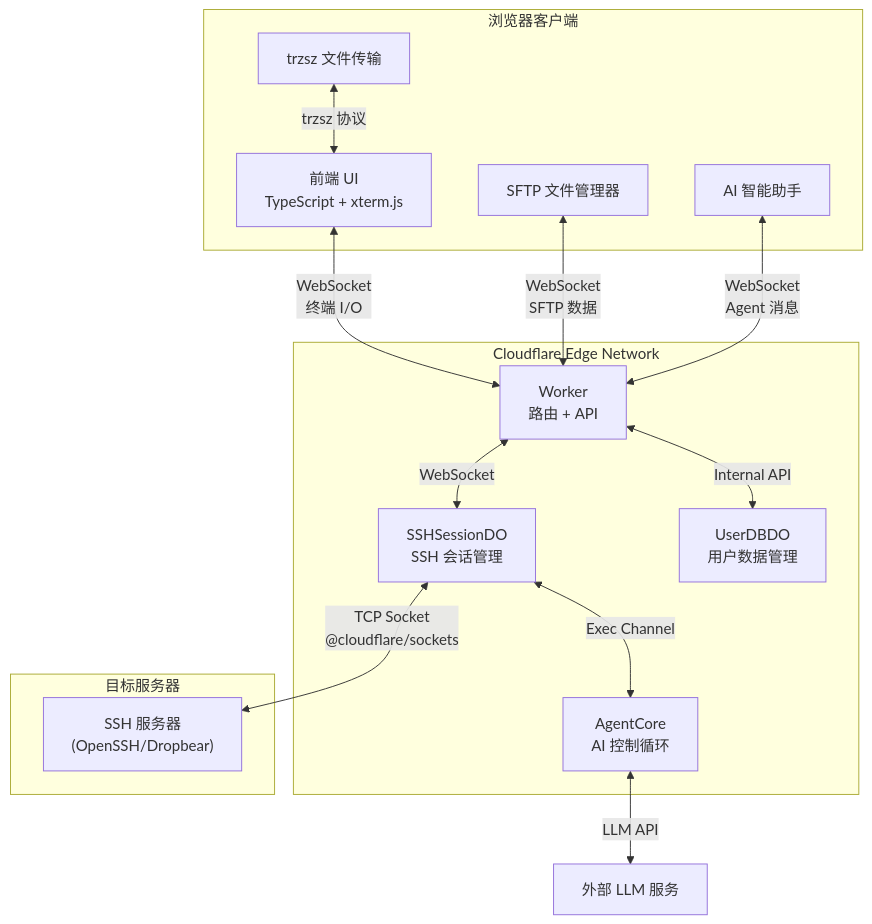
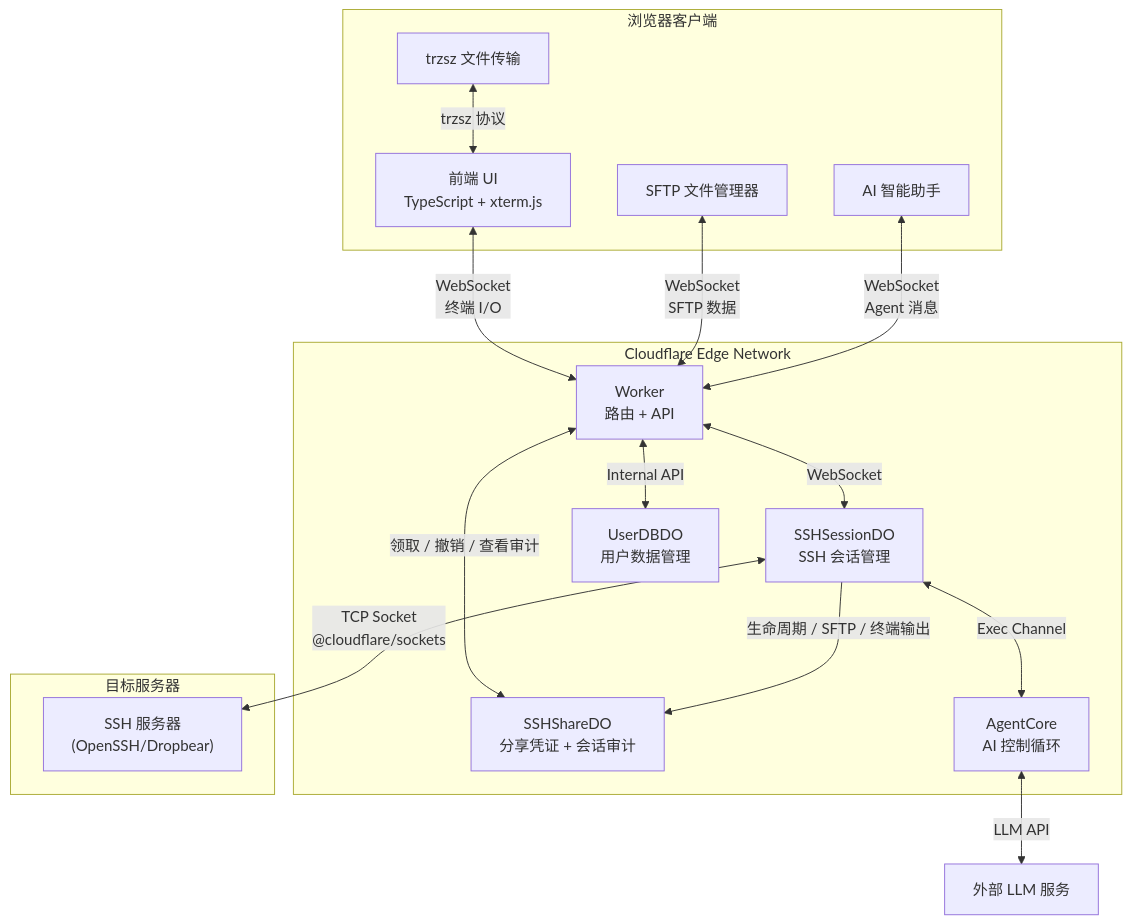
Before and after one commit to newbietan/CloudSSH: the diagram in README.md, drawn with Mermaid. The commit also changed other lines of this file and 21 other files, not shown here.

````diff
--- a/README.md
+++ b/README.md
@@ -117,30 +118,33 @@
 ```mermaid
 flowchart TB
     subgraph "浏览器客户端"
         UI["前端 UI<br/>TypeScript + xterm.js"]
         SFTP["SFTP 文件管理器"]
         Agent["AI 智能助手"]
         Trzsz["trzsz 文件传输"]
     end
 
     subgraph "Cloudflare Edge Network"
         Worker["Worker<br/>路由 + API"]
         SSH_DO["SSHSessionDO<br/>SSH 会话管理"]
         User_DO["UserDBDO<br/>用户数据管理"]
+        Share_DO["SSHShareDO<br/>分享凭证 + 会话审计"]
         AgentCore["AgentCore<br/>AI 控制循环"]
     end
 
     subgraph "目标服务器"
         SSH["SSH 服务器<br/>(OpenSSH/Dropbear)"]
     end
 
     UI <-->|"WebSocket<br/>终端 I/O"| Worker
     SFTP <-->|"WebSocket<br/>SFTP 数据"| Worker
     Agent <-->|"WebSocket<br/>Agent 消息"| Worker
     Trzsz <-->|"trzsz 协议"| UI
     Worker <-->|"WebSocket"| SSH_DO
     Worker <-->|"Internal API"| User_DO
+    Worker <-->|"领取 / 撤销 / 查看审计"| Share_DO
+    SSH_DO -->|"生命周期 / SFTP / 终端输出"| Share_DO
     SSH_DO <-->|"TCP Socket<br/>@cloudflare/sockets"| SSH
     SSH_DO <-->|"Exec Channel"| AgentCore
     AgentCore <-->|"LLM API"| External["外部 LLM 服务"]
 ```
````
